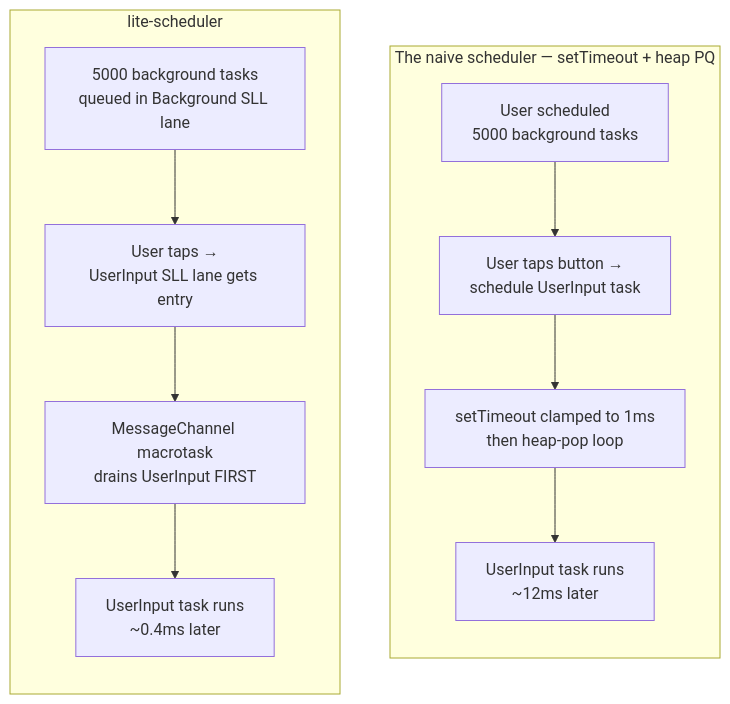
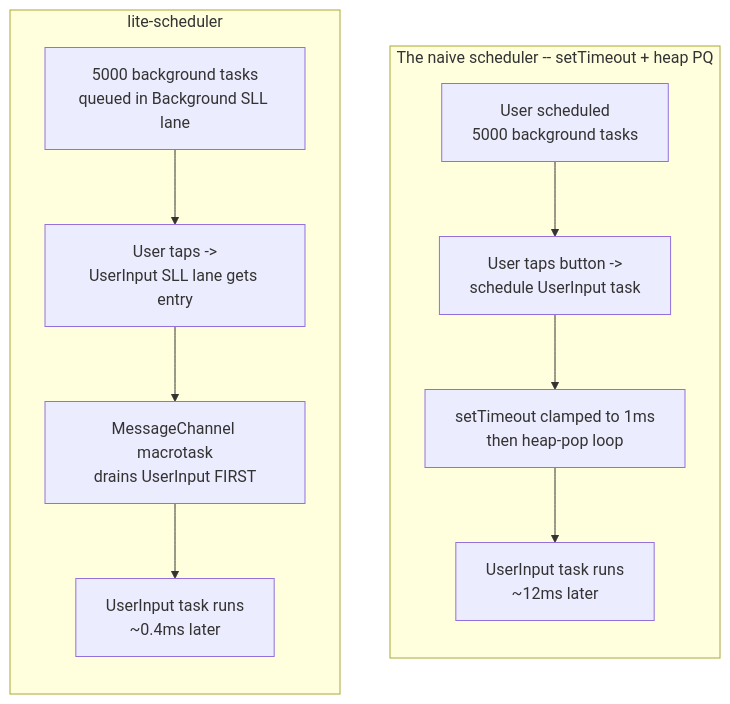
Before and after one commit to PeshoVurtoleta/lite-scheduler: the first of 3 diagrams in README.md, drawn with Mermaid. The commit also changed other lines of this file and 21 other files, not shown here.

````diff
--- a/README.md
+++ b/README.md
@@ -64,19 +64,19 @@
 ```mermaid
 flowchart TB
-    subgraph N["The naive scheduler — setTimeout + heap PQ"]
+    subgraph N["The naive scheduler -- setTimeout + heap PQ"]
         direction TB
         N1["User scheduled<br/>5000 background tasks"]
-        N2["User taps button →<br/>schedule UserInput task"]
+        N2["User taps button -><br/>schedule UserInput task"]
         N3["setTimeout clamped to 1ms<br/>then heap-pop loop"]
         N4["UserInput task runs<br/>~12ms later"]
         N1 --> N2 --> N3 --> N4
     end
     subgraph A["lite-scheduler"]
         direction TB
         A1["5000 background tasks<br/>queued in Background SLL lane"]
-        A2["User taps →<br/>UserInput SLL lane gets entry"]
+        A2["User taps -><br/>UserInput SLL lane gets entry"]
         A3["MessageChannel macrotask<br/>drains UserInput FIRST"]
         A4["UserInput task runs<br/>~0.4ms later"]
         A1 --> A2 --> A3 --> A4
     end
 ```
````
